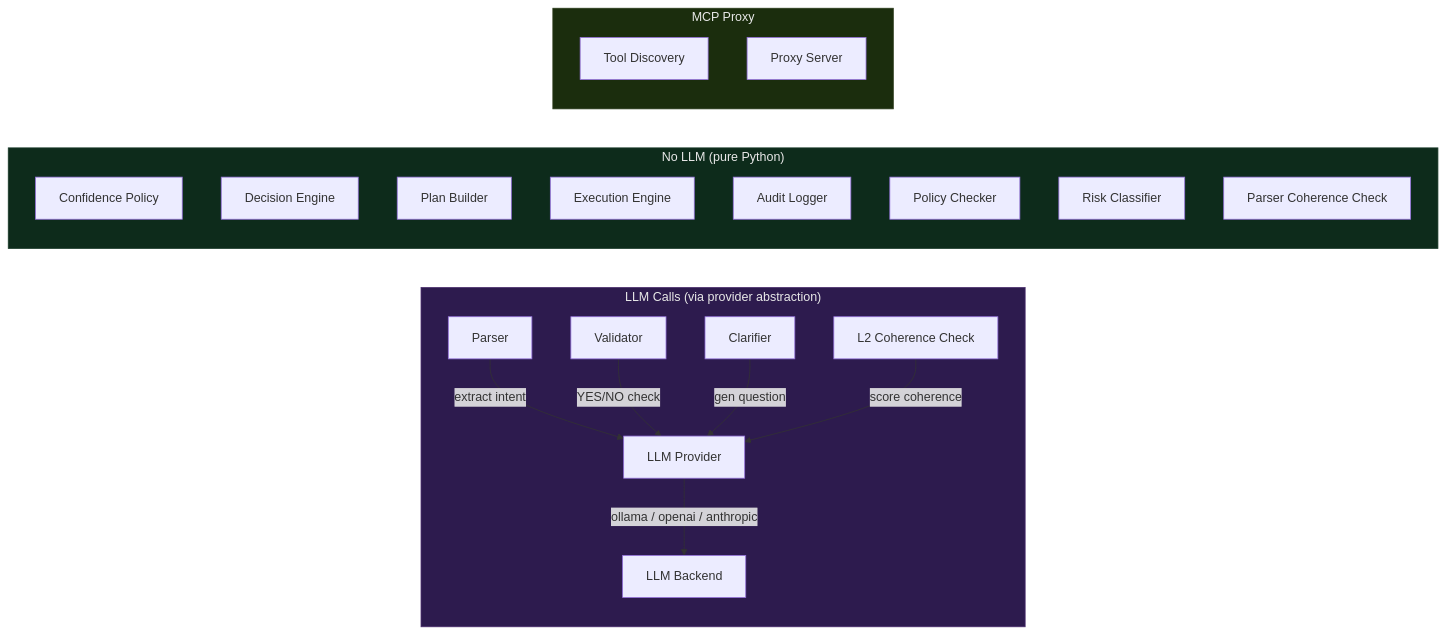
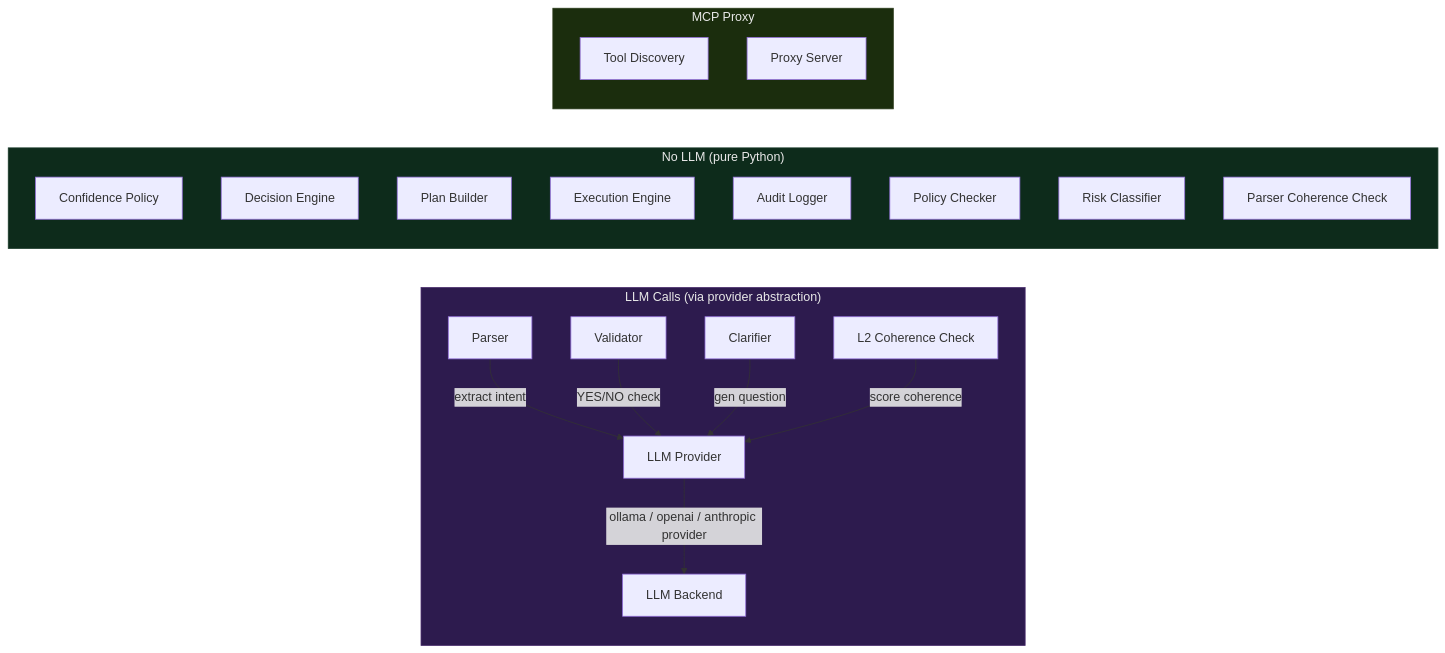
Before and after one commit to EnxDev/morpheus: the second of 2 diagrams in docs/architecture.md, drawn with Mermaid. The commit also changed other lines of this file and 1 other file, not shown here.

First line of the commit message:
[docs-refresh] architecture + AGENTS.md: file map updates, test count, vendor cleanup

````diff
--- a/docs/architecture.md
+++ b/docs/architecture.md
@@ -92,30 +96,30 @@
 ```mermaid
 graph LR
     subgraph LLM["LLM Calls (via provider abstraction)"]
         P[Parser] -->|extract intent| LP[LLM Provider]
         V[Validator] -->|YES/NO check| LP
         C[Clarifier] -->|gen question| LP
         CC2[L2 Coherence Check] -->|score coherence| LP
-        LP -->|ollama / openai / anthropic| O[LLM Backend]
+        LP -->|ollama / openai / anthropic provider| O[LLM Backend]
     end
 
     subgraph Deterministic["No LLM (pure Python)"]
         CP[Confidence Policy]
         DE[Decision Engine]
         PB[Plan Builder]
         EE[Execution Engine]
         AU[Audit Logger]
         PC[Policy Checker]
         RC[Risk Classifier]
         CC[Parser Coherence Check]
     end
 
     subgraph Proxy["MCP Proxy"]
         TD[Tool Discovery]
         PS[Proxy Server]
     end
 
     style LLM fill:#2d1b4e,stroke:#4a2d6e,color:#e8e8e8
     style Deterministic fill:#0d2b1b,stroke:#1b3b2b,color:#e8e8e8
     style Proxy fill:#1b2d0d,stroke:#2b3b1b,color:#e8e8e8
 ```
````
